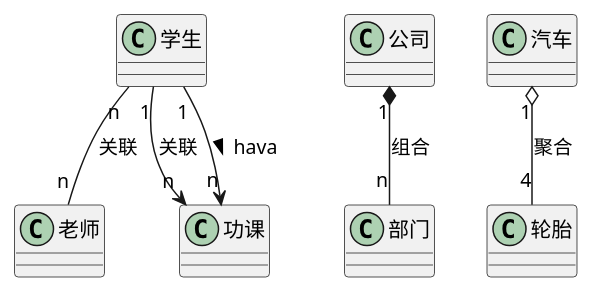
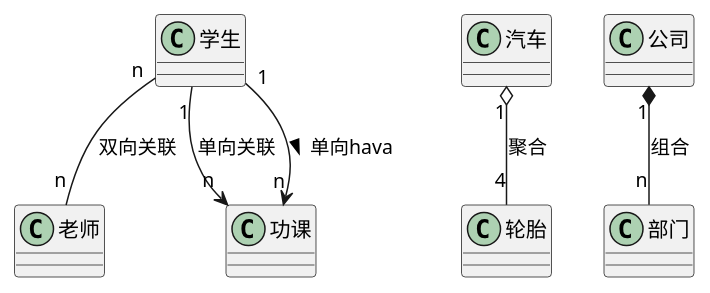
One commit to TigerWFH/webapp changed the eighth of 11 diagrams in doc/webpack/OOA-OOD.md. Above: the diagram before and after it, drawn with PlantUML. The commit also changed other lines of this file, not shown here.

Commit message:
feat：重新梳理UML静态类图关系 1、带箭头是单向；没有箭头是双向的

````diff
--- a/doc/webpack/OOA-OOD.md
+++ b/doc/webpack/OOA-OOD.md
@@ -114,9 +122,9 @@
 ```plantuml
 @startuml 关系
-    学生 "n" -- "n" 老师: 关联
-    学生 "1" --> "n" 功课: 关联
-    学生 "1" --> "n" 功课: hava >
+    学生 "n" -- "n" 老师: 双向关联
+    学生 "1" --> "n" 功课: 单向关联
+    学生 "1" --> "n" 功课: 单向hava >
+    汽车 "1" o-- "4" 轮胎: 聚合
     公司 "1" *-- "n" 部门: 组合
-    汽车 "1" o-- "4" 轮胎: 聚合
 @enduml
 ```
````
